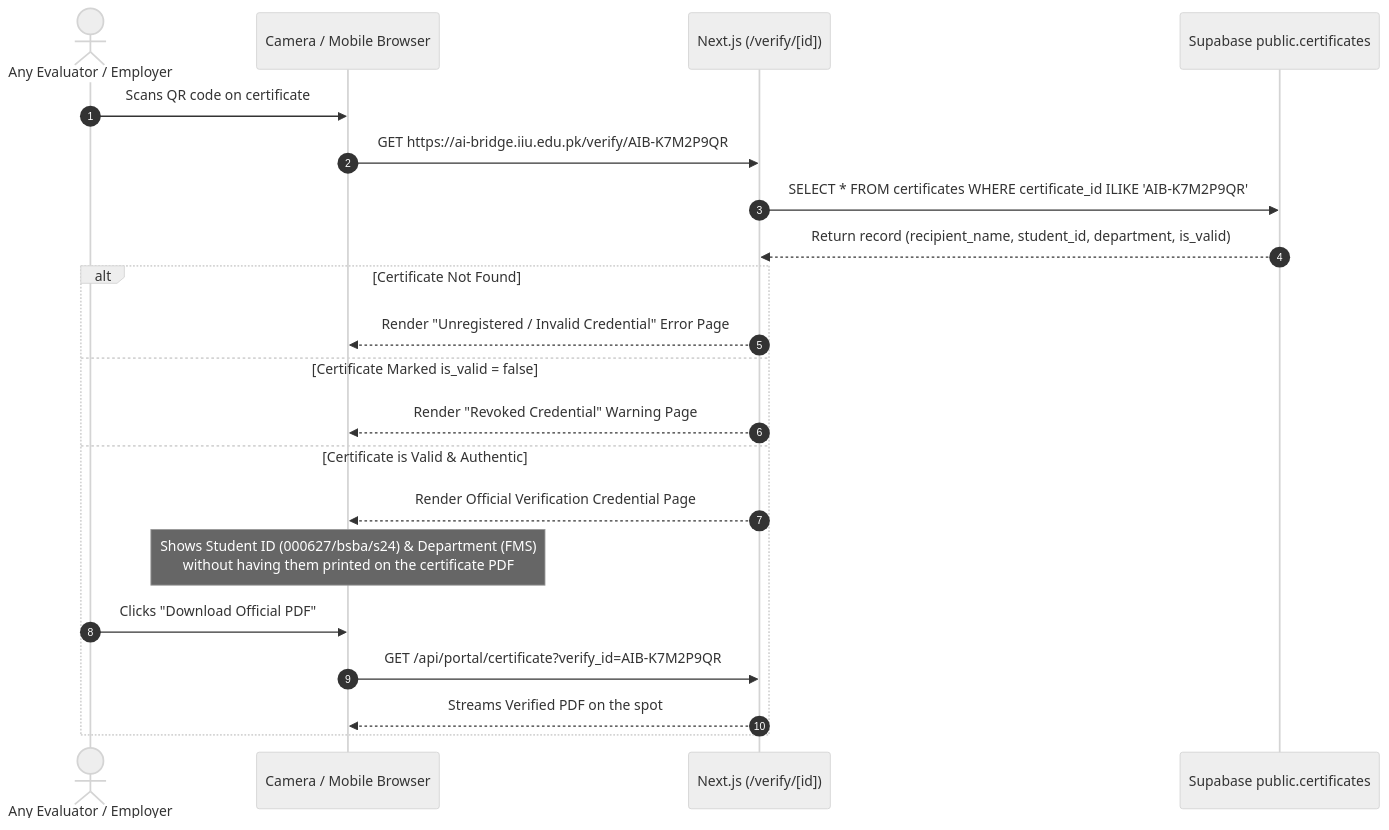
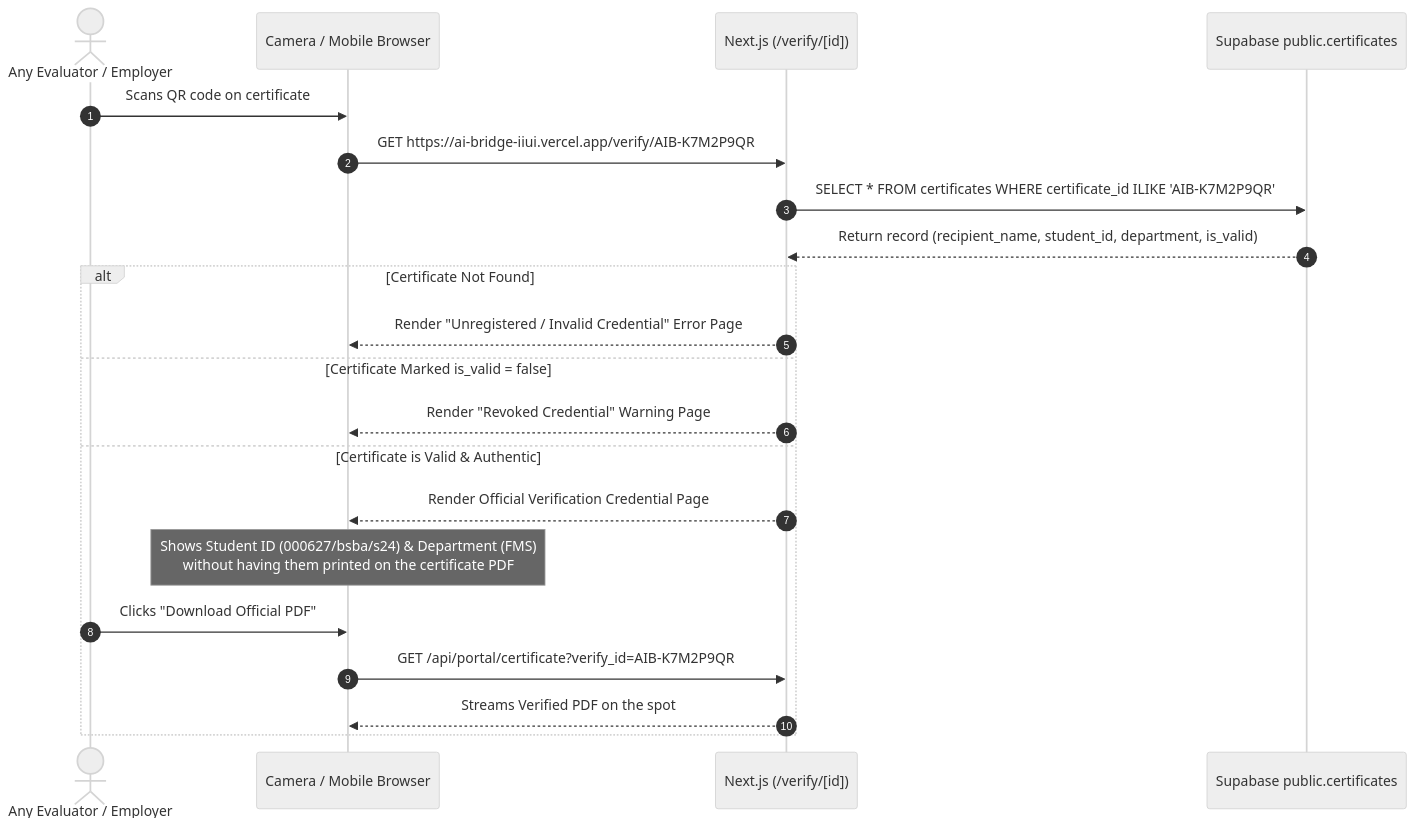
The second of 2 diagrams in Documentation/Certification/CERTIFICATE_CREATION_FLOW.md (aibridgeiiuifms/AI-Bridge), drawn with Mermaid (neutral theme) before and after one commit. The commit also changed other lines of this file and 7 other files, not shown here.

````diff
--- a/Documentation/Certification/CERTIFICATE_CREATION_FLOW.md
+++ b/Documentation/Certification/CERTIFICATE_CREATION_FLOW.md
@@ -157,25 +157,25 @@
 ```mermaid
 sequenceDiagram
     autonumber
     actor Recruiter as Any Evaluator / Employer
     participant Phone as Camera / Mobile Browser
     participant Server as Next.js (/verify/[id])
     participant DB as Supabase public.certificates
 
     Recruiter->>Phone: Scans QR code on certificate
-    Phone->>Server: GET https://ai-bridge.iiu.edu.pk/verify/AIB-K7M2P9QR
+    Phone->>Server: GET https://ai-bridge-iiui.vercel.app/verify/AIB-K7M2P9QR
     Server->>DB: SELECT * FROM certificates WHERE certificate_id ILIKE 'AIB-K7M2P9QR'
     DB-->>Server: Return record (recipient_name, student_id, department, is_valid)
     
     alt Certificate Not Found
         Server-->>Phone: Render "Unregistered / Invalid Credential" Error Page
     else Certificate Marked is_valid = false
         Server-->>Phone: Render "Revoked Credential" Warning Page
     else Certificate is Valid & Authentic
         Server-->>Phone: Render Official Verification Credential Page
         Note over Phone: Shows Student ID (000627/bsba/s24) & Department (FMS)<br/>without having them printed on the certificate PDF
         Recruiter->>Phone: Clicks "Download Official PDF"
         Phone->>Server: GET /api/portal/certificate?verify_id=AIB-K7M2P9QR
         Server-->>Phone: Streams Verified PDF on the spot
     end
 ```
````
